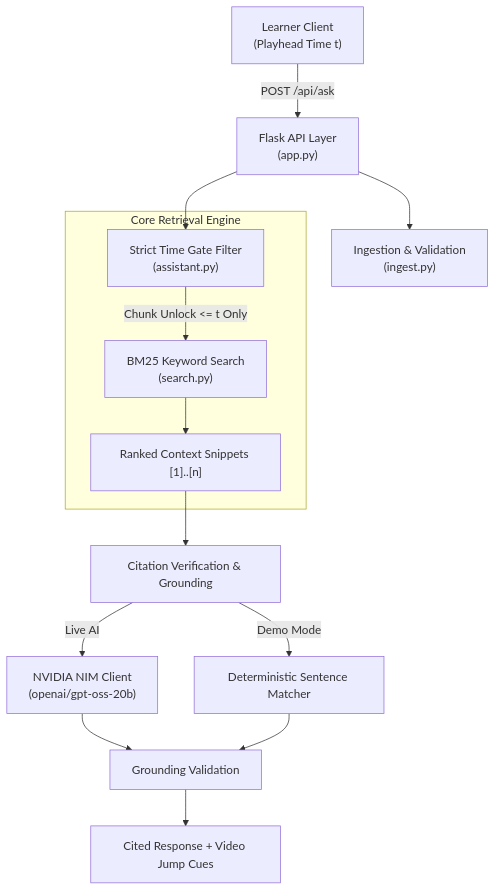
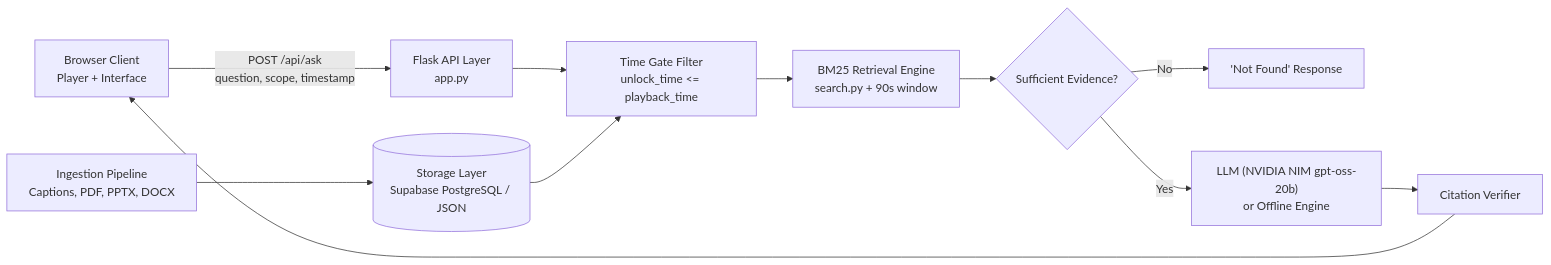
One commit to skavyansh15/LearnMate changed the diagram in README.md. Above: the diagram before and after it, drawn with Mermaid. The commit also changed other lines of this file, not shown here.

````diff
--- a/README.md
+++ b/README.md
@@ -68,19 +28,13 @@
 ```mermaid
-flowchart TD
-    User["Learner Client<br/>(Playhead Time t)"] -->|POST /api/ask| Flask["Flask API Layer<br/>(app.py)"]
-    Flask --> Ingest["Ingestion & Validation<br/>(ingest.py)"]
-    Flask --> Gate["Strict Time Gate Filter<br/>(assistant.py)"]
-    
-    subgraph Core Retrieval Engine
-        Gate -->|"Chunk Unlock <= t Only"| BM25["BM25 Keyword Search<br/>(search.py)"]
-        BM25 --> Evidence["Ranked Context Snippets [1]..[n]"]
-    end
-    
-    Evidence --> Verify["Citation Verification & Grounding"]
-    Verify -->|Live AI| LLM["NVIDIA NIM Client<br/>(openai/gpt-oss-20b)"]
-    Verify -->|Demo Mode| SentenceExtract["Deterministic Sentence Matcher"]
-    
-    LLM --> VerifyAnswer["Grounding Validation"]
-    SentenceExtract --> VerifyAnswer
-    VerifyAnswer --> Output["Cited Response + Video Jump Cues"]
+flowchart LR
+    B["Browser Client<br/>Player + Interface"] -->|"POST /api/ask<br/>question, scope, timestamp"| A["Flask API Layer<br/>app.py"]
+    A --> G["Time Gate Filter<br/>unlock_time <= playback_time"]
+    G --> S["BM25 Retrieval Engine<br/>search.py + 90s window"]
+    S --> V{"Sufficient Evidence?"}
+    V -->|No| N["'Not Found' Response"]
+    V -->|Yes| L["LLM (NVIDIA NIM gpt-oss-20b)<br/>or Offline Engine"]
+    L --> C["Citation Verifier"]
+    C --> B
+    I["Ingestion Pipeline<br/>Captions, PDF, PPTX, DOCX"] --> ST[("Storage Layer<br/>Supabase PostgreSQL / JSON")]
+    ST --> G
 ```
````
